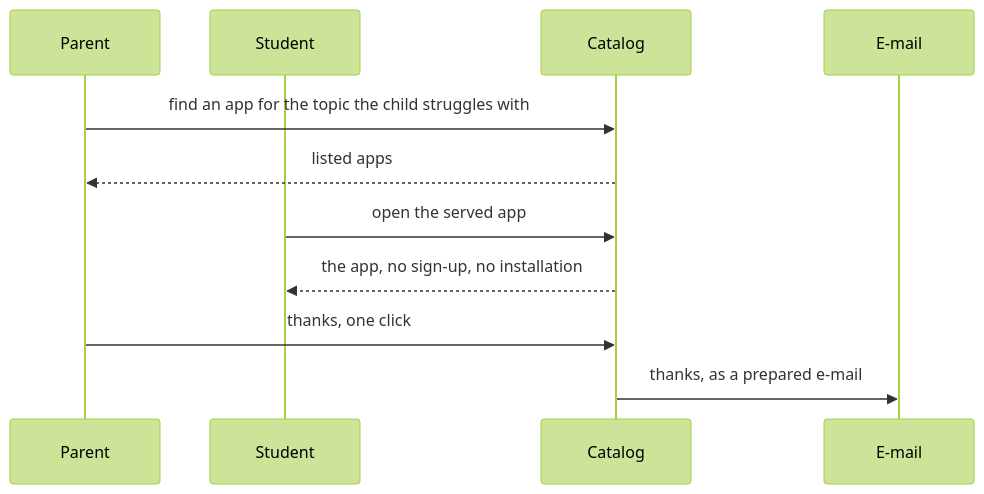
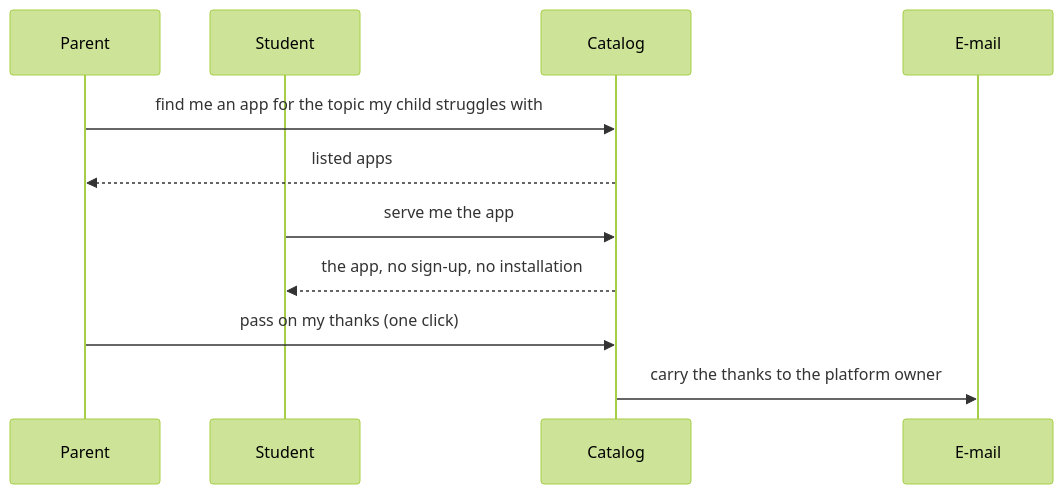
The second of 6 diagrams in docs/arc42/06-runtime-view.arc42.md (lernapps/docs), drawn with Mermaid (forest theme) before and after one commit. The commit also changed other lines of this file and 3 other files, not shown here.

First line of the commit message:
docs(overview): draw the flows as sequence diagrams

````diff
--- a/docs/arc42/06-runtime-view.arc42.md
+++ b/docs/arc42/06-runtime-view.arc42.md
@@ -72,13 +72,13 @@
 ```mermaid
 sequenceDiagram
     participant parent as Parent
     participant student as Student
     participant catalog as Catalog
     participant mail as E-mail
-    parent->>catalog: find an app for the topic the child struggles with
+    parent->>catalog: find me an app for the topic my child struggles with
     catalog-->>parent: listed apps
-    student->>catalog: open the served app
+    student->>catalog: serve me the app
     catalog-->>student: the app, no sign-up, no installation
-    parent->>catalog: thanks, one click
-    catalog->>mail: thanks, as a prepared e-mail
+    parent->>catalog: pass on my thanks (one click)
+    catalog->>mail: carry the thanks to the platform owner
 ```
````
